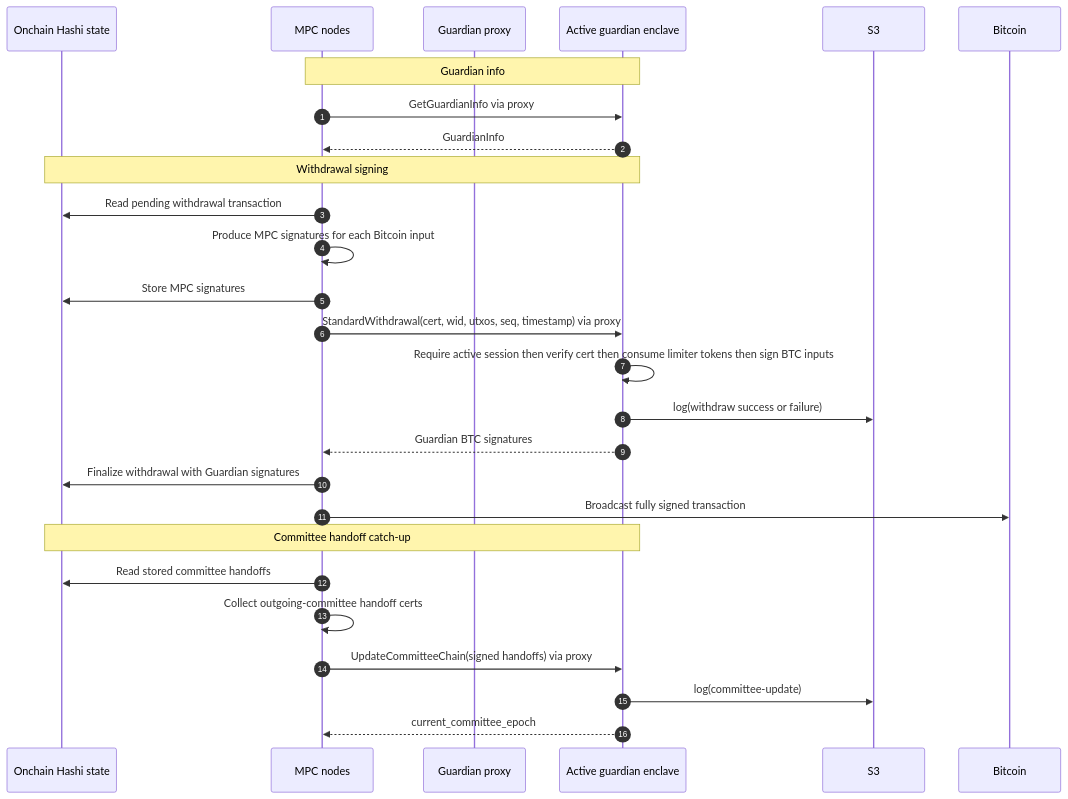
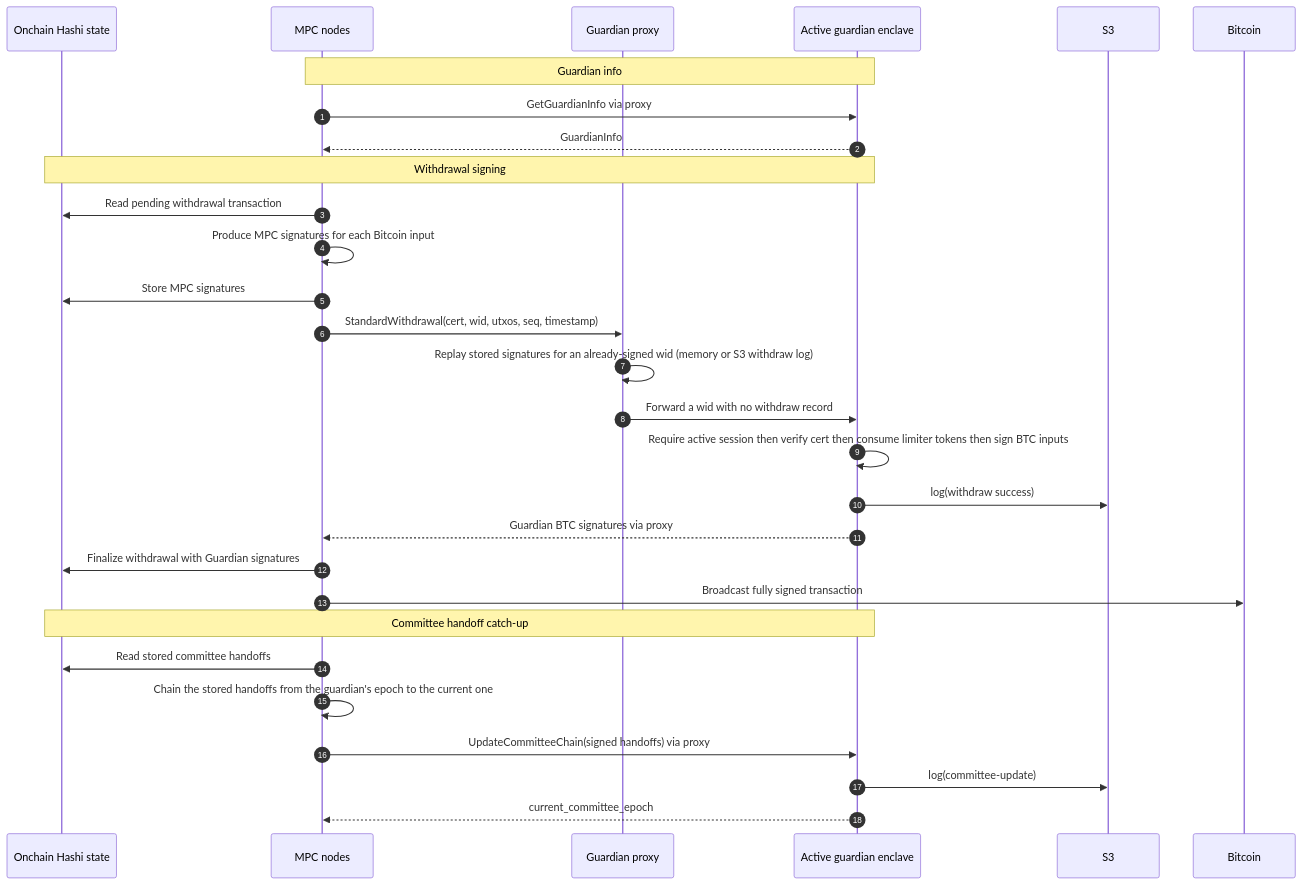
Before and after one commit to MystenLabs/hashi: the fourth of 4 diagrams in design/docs/guardian.mdx, drawn with Mermaid. The commit also changed other lines of this file and 10 other files, not shown here.

````diff
--- a/design/docs/guardian.mdx
+++ b/design/docs/guardian.mdx
@@ -241,33 +253,35 @@
 ```mermaid
 sequenceDiagram
     autonumber
 
     participant Onchain as Onchain Hashi state
     participant MPC as MPC nodes
     participant Proxy as Guardian proxy
     participant Guardian as Active guardian enclave
     participant S3
     participant Bitcoin
 
     Note over MPC,Guardian: Guardian info
     MPC->>Guardian: GetGuardianInfo via proxy
     Guardian-->>MPC: GuardianInfo
 
     Note over Onchain,Guardian: Withdrawal signing
     MPC->>Onchain: Read pending withdrawal transaction
     MPC->>MPC: Produce MPC signatures for each Bitcoin input
     MPC->>Onchain: Store MPC signatures
-    MPC->>Guardian: StandardWithdrawal(cert, wid, utxos, seq, timestamp) via proxy
+    MPC->>Proxy: StandardWithdrawal(cert, wid, utxos, seq, timestamp)
+    Proxy->>Proxy: Replay stored signatures for an already-signed wid (memory or S3 withdraw log)
+    Proxy->>Guardian: Forward a wid with no withdraw record
     Guardian->>Guardian: Require active session then verify cert then consume limiter tokens then sign BTC inputs
-    Guardian->>S3: log(withdraw success or failure)
-    Guardian-->>MPC: Guardian BTC signatures
+    Guardian->>S3: log(withdraw success)
+    Guardian-->>MPC: Guardian BTC signatures via proxy
     MPC->>Onchain: Finalize withdrawal with Guardian signatures
     MPC->>Bitcoin: Broadcast fully signed transaction
 
     Note over Onchain,Guardian: Committee handoff catch-up
     MPC->>Onchain: Read stored committee handoffs
-    MPC->>MPC: Collect outgoing-committee handoff certs
+    MPC->>MPC: Chain the stored handoffs from the guardian's epoch to the current one
     MPC->>Guardian: UpdateCommitteeChain(signed handoffs) via proxy
     Guardian->>S3: log(committee-update)
     Guardian-->>MPC: current_committee_epoch
 ```
````
